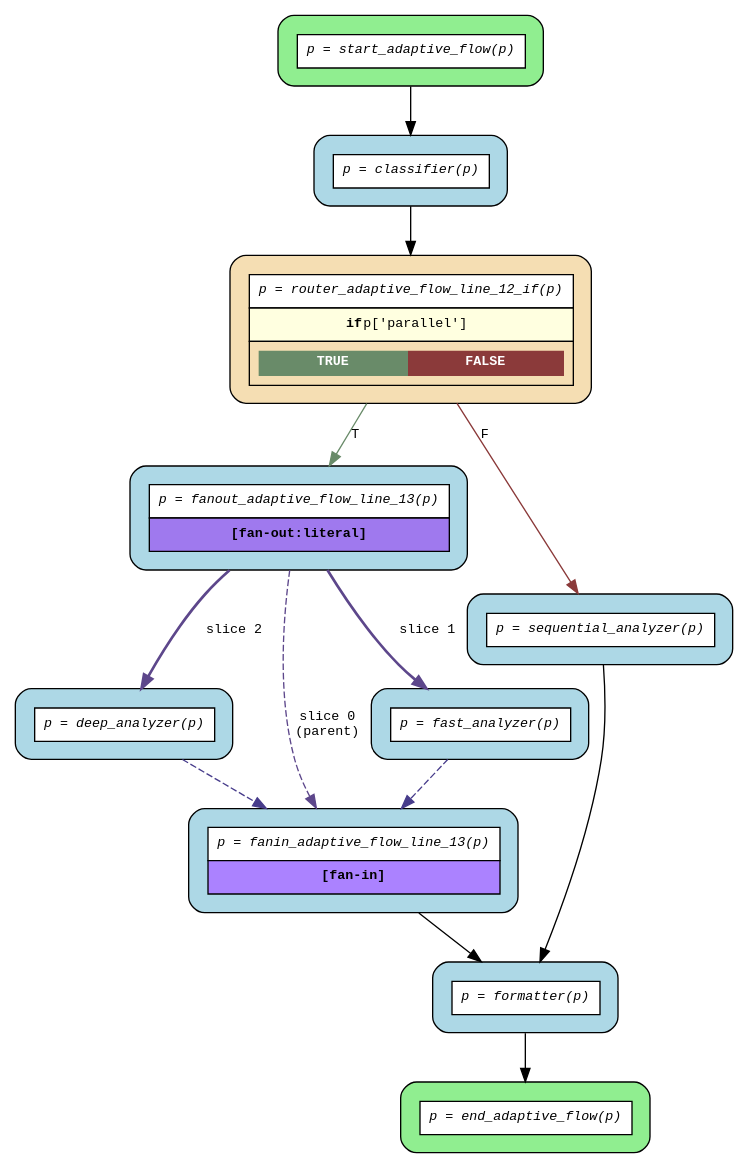
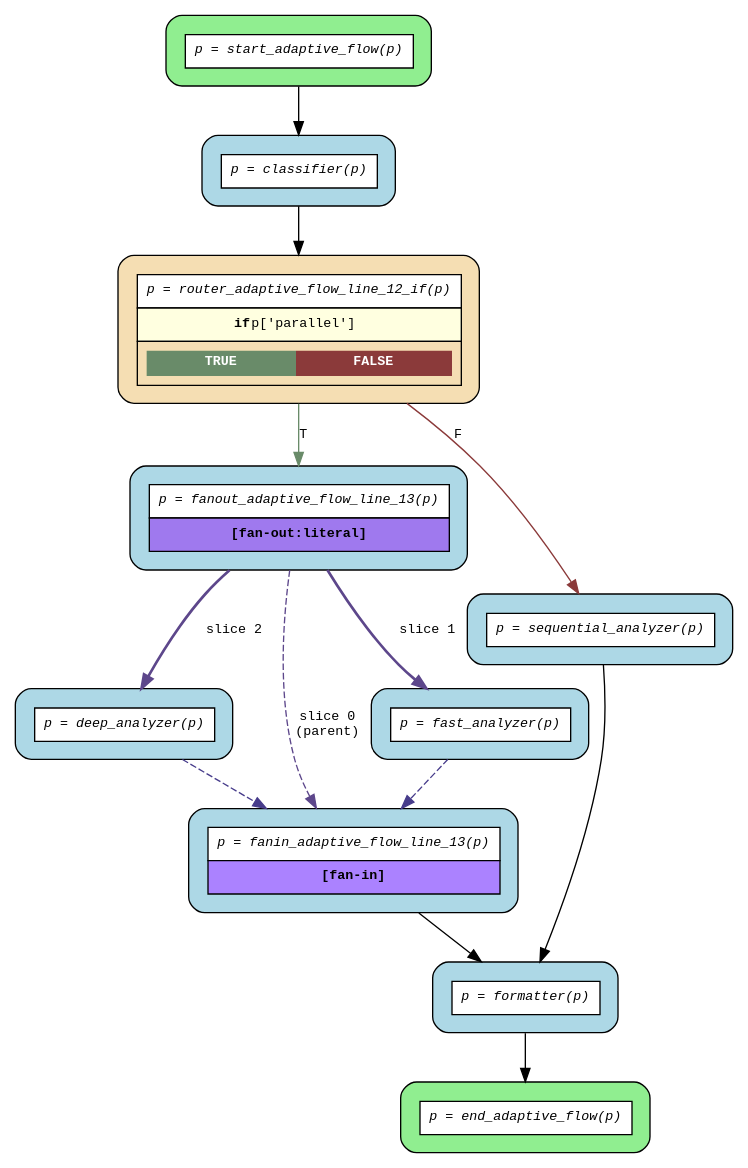
One commit to mrhillsman-enterprise-ai/asya changed the diagram in examples/flows/compiled/fanout_conditional/flow.dot. Above: the diagram before and after it, drawn with Graphviz. The commit also changed 98 other files, not shown here.

```diff
--- a/examples/flows/compiled/fanout_conditional/flow.dot
+++ b/examples/flows/compiled/fanout_conditional/flow.dot
@@ -1,30 +1,30 @@
 digraph flow {
   rankdir=TB;
   graph [fontname="Courier", fontsize=10];
   node [fontname="Courier", fontsize=10, shape=box, style="filled,rounded", margin="0.2"];
   edge [fontname="Courier", fontsize=10];
 
-  start_adaptive_flow [fillcolor="lightgreen", label=<<table border="0" cellspacing="0" cellpadding="6" cellborder="1"><tr><td bgcolor="white" align="center"><i>p = start_adaptive_flow(p)</i></td></tr></table>>];
-  fanout_adaptive_flow_line_13 [fillcolor="lightblue", label=<<table border="0" cellspacing="0" cellpadding="6" cellborder="1"><tr><td bgcolor="white" align="center"><i>p = fanout_adaptive_flow_line_13(p)</i></td></tr><tr><td bgcolor="mediumpurple2" align="center"><b>[fan-out:literal]</b></td></tr></table>>];
-  router_adaptive_flow_line_12_if [fillcolor="wheat", label=<<table border="0" cellspacing="0" cellpadding="6" cellborder="1"><tr><td bgcolor="white" align="center"><i>p = router_adaptive_flow_line_12_if(p)</i></td></tr><tr><td bgcolor="lightyellow"><b>if</b> p['parallel']</td></tr><tr><td><table border="0" cellspacing="0" cellpadding="4"><tr><td bgcolor="darkseagreen4"><font color="white"><b>TRUE</b></font></td><td bgcolor="indianred4"><font color="white"><b>FALSE</b></font></td></tr></table></td></tr></table>>];
-  end_adaptive_flow [fillcolor="lightgreen", label=<<table border="0" cellspacing="0" cellpadding="6" cellborder="1"><tr><td bgcolor="white" align="center"><i>p = end_adaptive_flow(p)</i></td></tr></table>>];
+  start_adaptive_flow [fillcolor="lightgreen", group="main", label=<<table border="0" cellspacing="0" cellpadding="6" cellborder="1"><tr><td bgcolor="white" align="center"><i>p = start_adaptive_flow(p)</i></td></tr></table>>];
+  fanout_adaptive_flow_line_13 [fillcolor="lightblue", group="main", label=<<table border="0" cellspacing="0" cellpadding="6" cellborder="1"><tr><td bgcolor="white" align="center"><i>p = fanout_adaptive_flow_line_13(p)</i></td></tr><tr><td bgcolor="mediumpurple2" align="center"><b>[fan-out:literal]</b></td></tr></table>>];
+  router_adaptive_flow_line_12_if [fillcolor="wheat", group="main", label=<<table border="0" cellspacing="0" cellpadding="6" cellborder="1"><tr><td bgcolor="white" align="center"><i>p = router_adaptive_flow_line_12_if(p)</i></td></tr><tr><td bgcolor="lightyellow"><b>if</b> p['parallel']</td></tr><tr><td><table border="0" cellspacing="0" cellpadding="4"><tr><td bgcolor="darkseagreen4"><font color="white"><b>TRUE</b></font></td><td bgcolor="indianred4"><font color="white"><b>FALSE</b></font></td></tr></table></td></tr></table>>];
+  end_adaptive_flow [fillcolor="lightgreen", group="main", label=<<table border="0" cellspacing="0" cellpadding="6" cellborder="1"><tr><td bgcolor="white" align="center"><i>p = end_adaptive_flow(p)</i></td></tr></table>>];
   classifier [fillcolor="lightblue", label=<<table border="0" cellspacing="0" cellpadding="6" cellborder="1"><tr><td bgcolor="white" align="center"><i>p = classifier(p)</i></td></tr></table>>];
   deep_analyzer [fillcolor="lightblue", label=<<table border="0" cellspacing="0" cellpadding="6" cellborder="1"><tr><td bgcolor="white" align="center"><i>p = deep_analyzer(p)</i></td></tr></table>>];
   fanin_adaptive_flow_line_13 [fillcolor="lightblue", label=<<table border="0" cellspacing="0" cellpadding="6" cellborder="1"><tr><td bgcolor="white" align="center"><i>p = fanin_adaptive_flow_line_13(p)</i></td></tr><tr><td bgcolor="mediumpurple1" align="center"><b>[fan-in]</b></td></tr></table>>];
   fast_analyzer [fillcolor="lightblue", label=<<table border="0" cellspacing="0" cellpadding="6" cellborder="1"><tr><td bgcolor="white" align="center"><i>p = fast_analyzer(p)</i></td></tr></table>>];
   formatter [fillcolor="lightblue", label=<<table border="0" cellspacing="0" cellpadding="6" cellborder="1"><tr><td bgcolor="white" align="center"><i>p = formatter(p)</i></td></tr></table>>];
   sequential_analyzer [fillcolor="lightblue", label=<<table border="0" cellspacing="0" cellpadding="6" cellborder="1"><tr><td bgcolor="white" align="center"><i>p = sequential_analyzer(p)</i></td></tr></table>>];
 
   classifier -> router_adaptive_flow_line_12_if;
   deep_analyzer -> fanin_adaptive_flow_line_13 [color=slateblue4, style=dashed];
   fanin_adaptive_flow_line_13 -> formatter;
   fanout_adaptive_flow_line_13 -> deep_analyzer [color=mediumpurple4, label="slice 2", style=bold];
   fanout_adaptive_flow_line_13 -> fanin_adaptive_flow_line_13 [color=mediumpurple4, label="slice 0\n(parent)", style=dashed];
   fanout_adaptive_flow_line_13 -> fast_analyzer [color=mediumpurple4, label="slice 1", style=bold];
   fast_analyzer -> fanin_adaptive_flow_line_13 [color=slateblue4, style=dashed];
   formatter -> end_adaptive_flow;
   router_adaptive_flow_line_12_if -> fanout_adaptive_flow_line_13 [label="T", color=darkseagreen4];
   router_adaptive_flow_line_12_if -> sequential_analyzer [label="F", color=indianred4];
   sequential_analyzer -> formatter;
   start_adaptive_flow -> classifier;
 }
```
